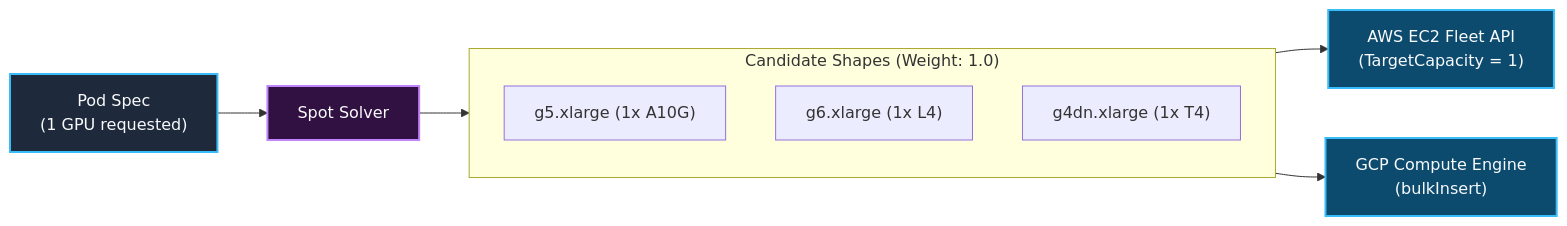
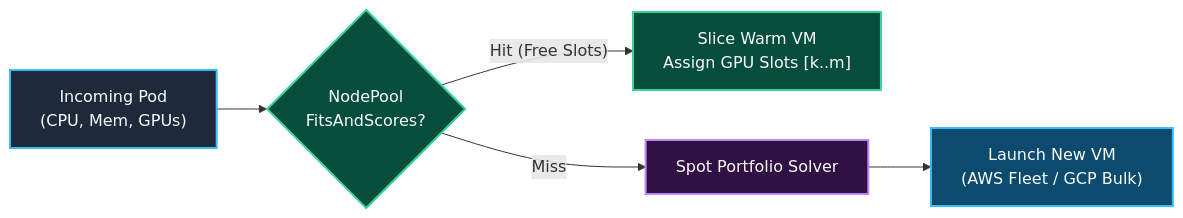
The third of 8 diagrams in readme.md (simonepri/interlink-cloudvm-plugin), drawn with Mermaid before and after one commit. The commit also changed other lines of this file and 4 other files, not shown here.

````diff
--- a/readme.md
+++ b/readme.md
@@ -111,22 +111,16 @@
 ```mermaid
 flowchart LR
     classDef req fill:#1E293B,stroke:#38BDF8,stroke-width:2px,color:#F8FAFC
+    classDef pool fill:#064E3B,stroke:#34D399,stroke-width:2px,color:#F8FAFC
     classDef solver fill:#311042,stroke:#C084FC,stroke-width:2px,color:#F8FAFC
     classDef cloud fill:#0C4A6E,stroke:#38BDF8,stroke-width:2px,color:#F8FAFC
 
-    Req["Pod Spec
-(1 GPU requested)"]:::req --> Solver["Spot Solver"]:::solver
-
-    subgraph Portfolio["Candidate Shapes (Weight: 1.0)"]
-        direction TB
-        W1["g5.xlarge (1x A10G)"]
-        W2["g6.xlarge (1x L4)"]
-        W3["g4dn.xlarge (1x T4)"]
-    end
-    Solver --> Portfolio
-
-    Portfolio --> AWS["AWS EC2 Fleet API
-(TargetCapacity = 1)"]:::cloud
-    Portfolio --> GCP["GCP Compute Engine
-(bulkInsert)"]:::cloud
+    Req["Incoming Pod
+(CPU, Mem, GPUs)"]:::req --> Check{"NodePool
+FitsAndScores?"}:::pool
+    Check -->|"Hit (Free Slots)"| Warm["Slice Warm VM
+Assign GPU Slots [k..m]"]:::pool
+    Check -->|"Miss"| Solver["Spot Portfolio Solver"]:::solver
+    Solver --> Cloud["Launch New VM
+(AWS Fleet / GCP Bulk)"]:::cloud
 ```
````
